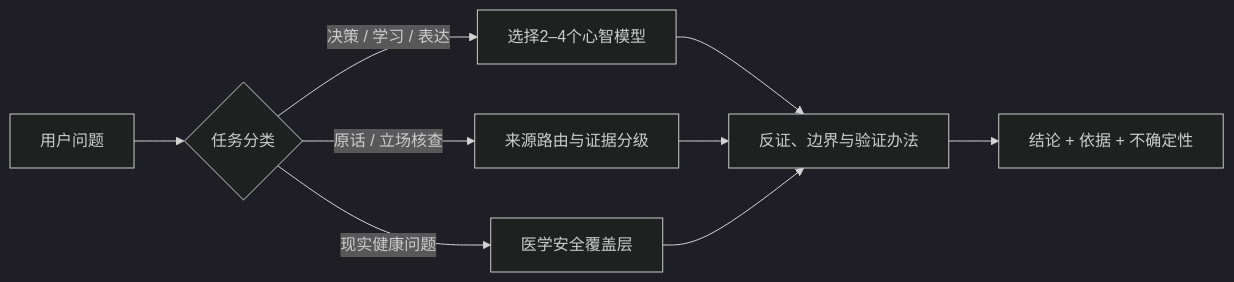
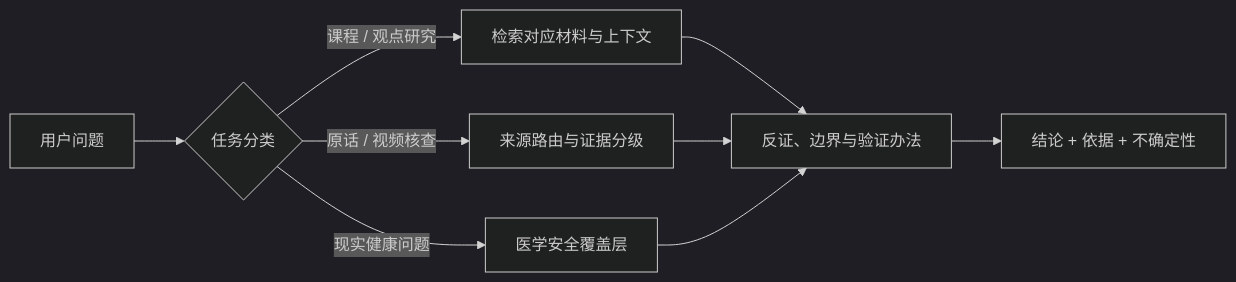
Before and after one commit to Fangx-AI/ni-haixia-perspective: the diagram in README.md, drawn with Mermaid (dark theme). The commit also changed other lines of this file and 1 other file, not shown here.

````diff
--- a/README.md
+++ b/README.md
@@ -152,11 +152,11 @@
 ```mermaid
 flowchart LR
     A[用户问题] --> B{任务分类}
-    B -->|决策 / 学习 / 表达| C[选择2–4个心智模型]
-    B -->|原话 / 立场核查| D[来源路由与证据分级]
+    B -->|课程 / 观点研究| C[检索对应材料与上下文]
+    B -->|原话 / 视频核查| D[来源路由与证据分级]
     B -->|现实健康问题| E[医学安全覆盖层]
     C --> F[反证、边界与验证办法]
     D --> F
     E --> F
     F --> G[结论 + 依据 + 不确定性]
 ```
````
